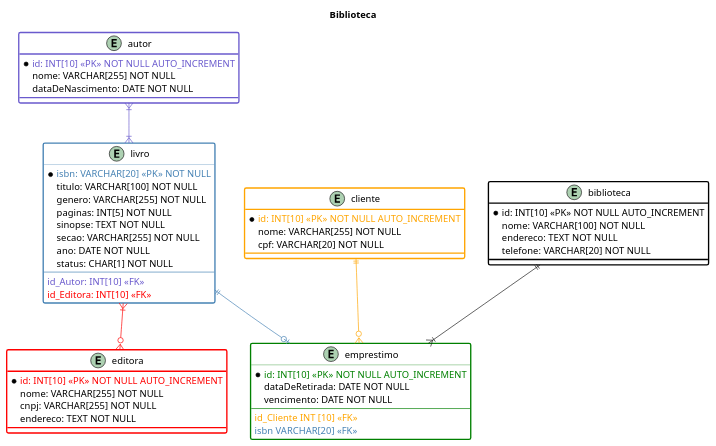
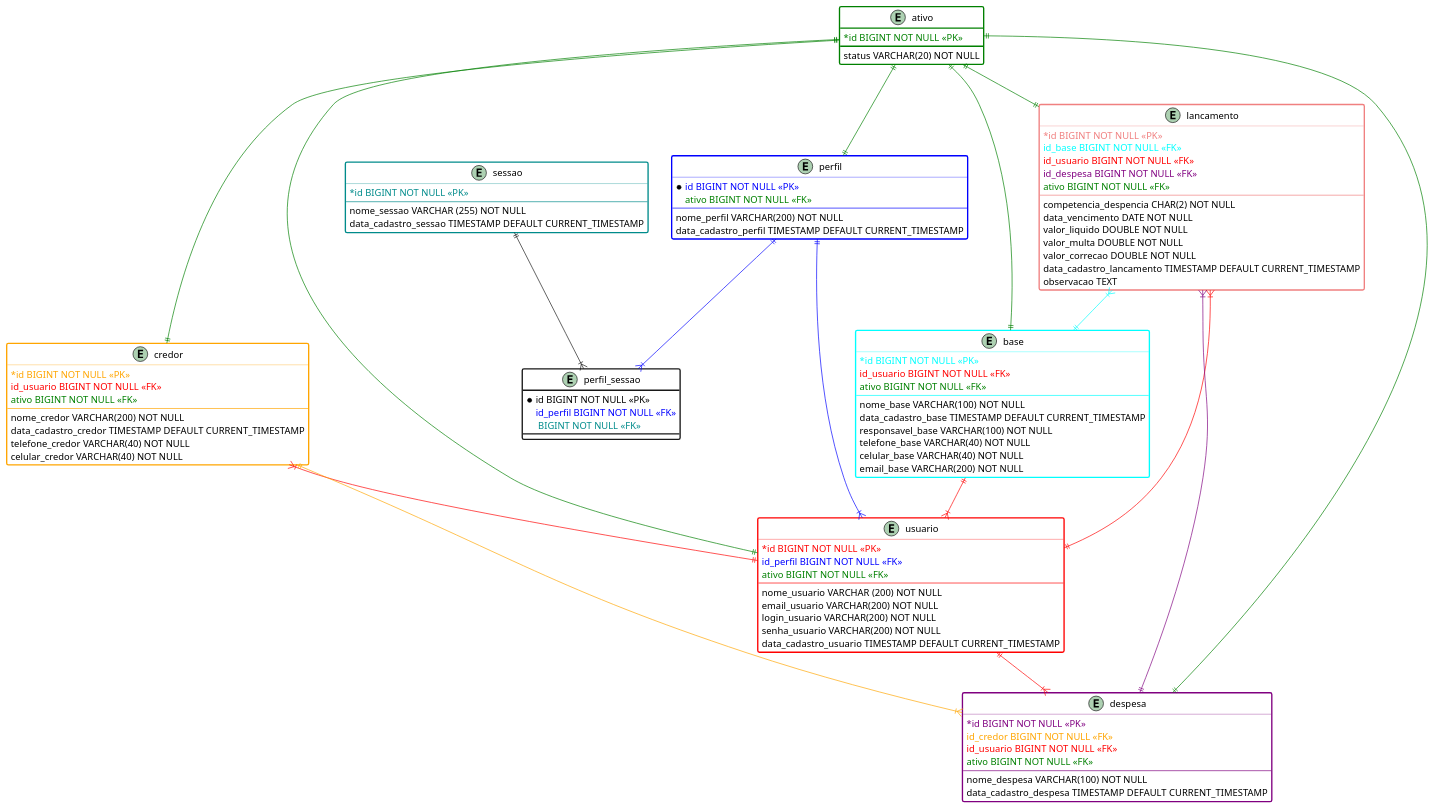
The diagram in Modelagem/biblioteca.wsd (galaticghost/guieq.klarrind), drawn with PlantUML before and after one commit. The commit also changed 2 other files, not shown here.

```diff
--- a/Modelagem/biblioteca.wsd
+++ b/Modelagem/biblioteca.wsd
@@ -1,59 +1,110 @@
-@startuml biblioteca
-title Biblioteca
+@startuml
 
-entity livro #white;line.bold;line:SteelBlue{
-    *<color: SteelBlue>isbn: VARCHAR[20] <<PK>> NOT NULL
-    titulo: VARCHAR[100] NOT NULL
-    genero: VARCHAR[255] NOT NULL
-    paginas: INT[5] NOT NULL
-    sinopse: TEXT NOT NULL
-    secao: VARCHAR[255] NOT NULL
-    ano: DATE NOT NULL
-    status: CHAR[1] NOT NULL
+entity perfil  #white;line.bold;line:blue {
+    *<color:blue>id BIGINT NOT NULL <<PK>>
+    <color:green>ativo BIGINT NOT NULL <<FK>>
     --
-    <color: SlateBlue>id_Autor: INT[10] <<FK>>
-    <color: Red>id_Editora: INT[10] <<FK>>
+    nome_perfil VARCHAR(200) NOT NULL
+    data_cadastro_perfil TIMESTAMP DEFAULT CURRENT_TIMESTAMP
 }
 
-entity autor #white;line.bold;line:Slateblue{
-    *<color: SlateBlue>id: INT[10] <<PK>> NOT NULL AUTO_INCREMENT
-    nome: VARCHAR[255] NOT NULL
-    dataDeNascimento: DATE NOT NULL
+entity perfil_sessao  #white;line.bold; {
+    *id BIGINT NOT NULL <<PK>>
+    <color:blue>id_perfil BIGINT NOT NULL <<FK>>
+    <color:DarkCyan> BIGINT NOT NULL <<FK>>
 }
 
-entity editora #white;line.bold;line:Red{
-    *<color: Red>id: INT[10] <<PK>> NOT NULL AUTO_INCREMENT
-    nome: VARCHAR[255] NOT NULL
-    cnpj: VARCHAR[255] NOT NULL
-    endereco: TEXT NOT NULL
+entity sessao #white;line.bold;line:DarkCyan {
+    <color:DarkCyan>*id BIGINT NOT NULL <<PK>>
+    --
+    nome_sessao VARCHAR (255) NOT NULL
+    data_cadastro_sessao TIMESTAMP DEFAULT CURRENT_TIMESTAMP
 }
 
-entity emprestimo #white;line.bold;line:Green{
-    *<color: Green>id: INT[10] <<PK>> NOT NULL AUTO_INCREMENT
-    dataDeRetirada: DATE NOT NULL
-    vencimento: DATE NOT NULL
-    --
-    <color: Orange>id_Cliente INT [10] <<FK>>
-    <color: SteelBlue>isbn VARCHAR[20] <<FK>>
+entity ativo #white;line.bold;line:green {
+    <color:green>*id BIGINT NOT NULL <<PK>>
+    status VARCHAR(20) NOT NULL
 }
 
-entity cliente #White;line.bold;line:Orange{
-    *<color: Orange>id: INT[10] <<PK>> NOT NULL AUTO_INCREMENT
-    nome: VARCHAR[255] NOT NULL
-    cpf: VARCHAR[20] NOT NULL
+entity usuario  #white;line.bold;line:red {
+    <color:red>*id BIGINT NOT NULL <<PK>>
+    <color:blue>id_perfil BIGINT NOT NULL <<FK>>
+    <color:green>ativo BIGINT NOT NULL <<FK>>
+    --
+    nome_usuario VARCHAR (200) NOT NULL
+    email_usuario VARCHAR(200) NOT NULL
+    login_usuario VARCHAR(200) NOT NULL
+    senha_usuario VARCHAR(200) NOT NULL
+    data_cadastro_usuario TIMESTAMP DEFAULT CURRENT_TIMESTAMP
 }
 
-entity biblioteca #white;line.bold;line:Black{
-    *<color: Black>id: INT[10] <<PK>> NOT NULL AUTO_INCREMENT
-    nome: VARCHAR[100] NOT NULL
-    endereco: TEXT NOT NULL
-    telefone: VARCHAR[20] NOT NULL
-
+entity credor #white;line.bold;line:Orange {
+    <color:Orange>*id BIGINT NOT NULL <<PK>>
+    <color:red>id_usuario BIGINT NOT NULL <<FK>>
+    <color:green>ativo BIGINT NOT NULL <<FK>>
+    --
+    nome_credor VARCHAR(200) NOT NULL
+    data_cadastro_credor TIMESTAMP DEFAULT CURRENT_TIMESTAMP
+    telefone_credor VARCHAR(40) NOT NULL
+    celular_credor VARCHAR(40) NOT NULL 
 }
 
-livro }|-[#SlateBlue]up-|{ autor
-livro }|-[#Red]-o{ editora
-livro ||-[#SteelBlue]-o| emprestimo
-cliente ||-[#Orange]-o{ emprestimo
-biblioteca ||--|{ emprestimo
+entity despesa #white;line.bold;line:purple {
+    <color:purple>*id BIGINT NOT NULL <<PK>>
+    <color:Orange>id_credor BIGINT NOT NULL <<FK>>
+    <color:red>id_usuario BIGINT NOT NULL <<FK>>
+    <color:green>ativo BIGINT NOT NULL <<FK>>
+    --
+    nome_despesa VARCHAR(100) NOT NULL
+    data_cadastro_despesa TIMESTAMP DEFAULT CURRENT_TIMESTAMP
+}
+
+entity base #white;line.bold;line:Aqua {
+    <color:Aqua>*id BIGINT NOT NULL <<PK>>
+    <color:red>id_usuario BIGINT NOT NULL <<FK>>
+    <color:green>ativo BIGINT NOT NULL <<FK>>
+    --
+    nome_base VARCHAR(100) NOT NULL
+    data_cadastro_base TIMESTAMP DEFAULT CURRENT_TIMESTAMP
+    responsavel_base VARCHAR(100) NOT NULL
+    telefone_base VARCHAR(40) NOT NULL
+    celular_base VARCHAR(40) NOT NULL
+    email_base VARCHAR(200) NOT NULL
+}
+
+entity lancamento  #white;line.bold;line:LightCoral  {
+    <color:LightCoral>*id BIGINT NOT NULL <<PK>>
+    <color:Aqua>id_base BIGINT NOT NULL <<FK>>
+    <color:red>id_usuario BIGINT NOT NULL <<FK>>
+    <color:Purple>id_despesa BIGINT NOT NULL <<FK>>
+    <color:green>ativo BIGINT NOT NULL <<FK>>
+    --
+    competencia_despencia CHAR(2) NOT NULL
+    data_vencimento DATE NOT NULL
+    valor_liquido DOUBLE NOT NULL
+    valor_multa DOUBLE NOT NULL
+    valor_correcao DOUBLE NOT NULL
+    data_cadastro_lancamento TIMESTAMP DEFAULT CURRENT_TIMESTAMP
+    observacao TEXT
+}
+
+perfil ||-[#blue]-|{ usuario
+perfil ||-[#blue]-|{ perfil_sessao
+sessao ||--|{ perfil_sessao
+credor }|-[#red]-|| usuario
+base ||-[#red]-|{ usuario
+lancamento }|-[#red]-|| usuario
+lancamento }|-[#Aqua]-|| base
+lancamento }|-[#purple]-|| despesa
+credor ||-[#Orange]-|{ despesa
+usuario ||-[#red]-|{ despesa
+
+ativo ||-down[#green]-|| perfil
+ativo ||-[#green]-|| usuario
+ativo ||-[#green]-|| lancamento
+ativo ||-[#green]-|| base
+ativo ||-[#green]-|| despesa
+ativo ||-[#green]-|| credor
+
+
 @enduml
```
